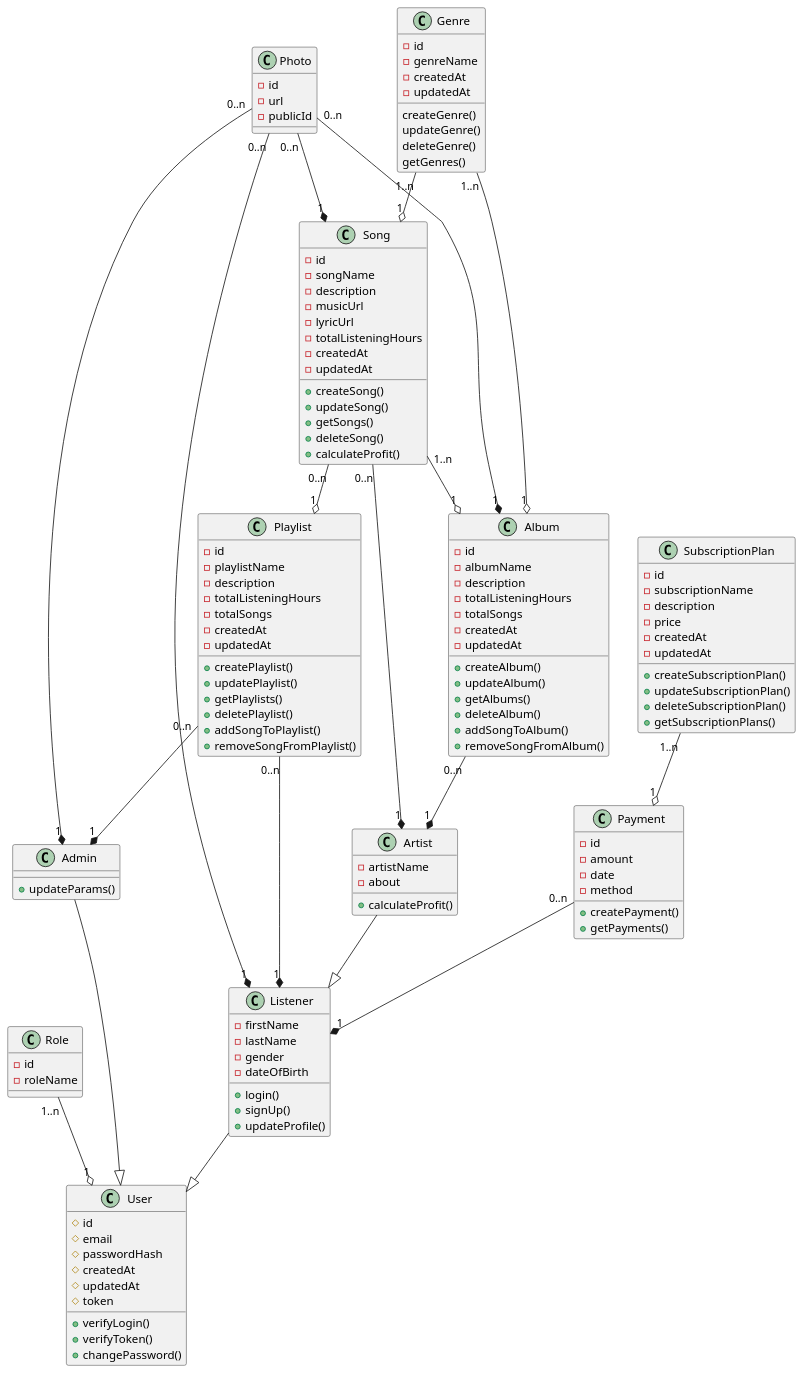
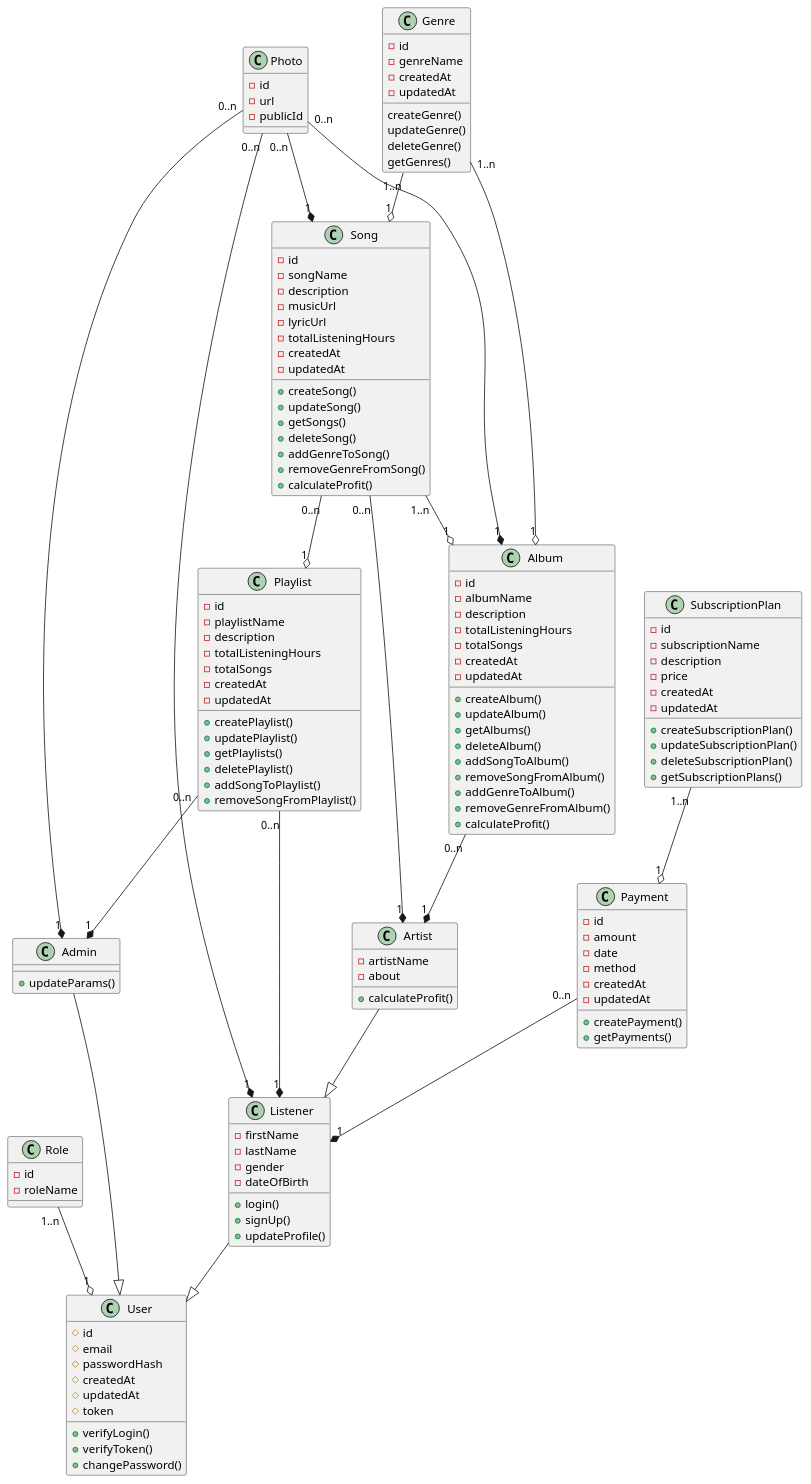
One commit to MinhNhatQA15101910/se100.vera changed the diagram in system_design/class_diagrams/analysis_level/classDiagramAnalysisLevel.puml. Above: the diagram before and after it, drawn with PlantUML. The commit also changed 1 other file, not shown here.

Commit message:
Fix class diagram (analysis level)

```diff
--- a/system_design/class_diagrams/analysis_level/classDiagramAnalysisLevel.puml
+++ b/system_design/class_diagrams/analysis_level/classDiagramAnalysisLevel.puml
@@ -1,145 +1,152 @@
 @startuml 
 class Role {
     -id
     -roleName
 }
 
 class User {
     #id
     #email
     #passwordHash
     #createdAt
     #updatedAt
     #token
     +verifyLogin()
     +verifyToken()
     +changePassword()
 }
 
 class Listener {
     -firstName 
     -lastName 
     -gender 
     -dateOfBirth
     +login()
     +signUp()
     +updateProfile()
 }
 
 class Artist {
     -artistName 
     -about 
     +calculateProfit()
 }
 
 class Admin {
     +updateParams()
 }
 
 class Photo {
     -id 
     -url 
     -publicId
 }
 
 class Genre {
     -id 
     -genreName 
     -createdAt 
     -updatedAt 
     createGenre()
     updateGenre()
     deleteGenre()
     getGenres()
 }
 
 class Song {
     -id
     -songName 
     -description
     -musicUrl
     -lyricUrl
     -totalListeningHours
     -createdAt 
     -updatedAt 
     +createSong()
     +updateSong()
     +getSongs()
     +deleteSong()
+    +addGenreToSong()
+    +removeGenreFromSong()
     +calculateProfit()
 }
 
 class Playlist {
     -id 
     -playlistName 
     -description
     -totalListeningHours
     -totalSongs 
     -createdAt 
     -updatedAt 
     +createPlaylist()
     +updatePlaylist()
     +getPlaylists()
     +deletePlaylist()
     +addSongToPlaylist()
     +removeSongFromPlaylist()
 }
 
 class Album {
     -id 
     -albumName 
     -description
     -totalListeningHours
     -totalSongs 
     -createdAt 
     -updatedAt 
     +createAlbum()
     +updateAlbum()
     +getAlbums()
     +deleteAlbum()
     +addSongToAlbum()
     +removeSongFromAlbum()
+    +addGenreToAlbum()
+    +removeGenreFromAlbum()
+    +calculateProfit()
 }
 
 class SubscriptionPlan {
     -id 
     -subscriptionName
     -description 
     -price
     -createdAt 
     -updatedAt 
     +createSubscriptionPlan()
     +updateSubscriptionPlan()
     +deleteSubscriptionPlan()
     +getSubscriptionPlans()
 }
 
 class Payment {
     -id 
     -amount 
     -date 
     -method 
+    -createdAt
+    -updatedAt
     +createPayment()
     +getPayments()
 }
 
 Listener --|> User
 Artist --|> Listener 
 Admin --|> User
 Role "1..n" --o "1" User
 Song "0..n" --* "1" Artist
 Song "0..n" --o "1" Playlist
 Song "1..n" --o "1" Album
 Genre "1..n" --o "1" Song
 Genre "1..n" --o "1" Album
 Playlist "0..n" --* "1" Listener
 Playlist "0..n" --* "1" Admin
 Album "0..n" --* "1" Artist
 Photo "0..n" --* "1" Listener
 Photo "0..n" --* "1" Admin
 Photo "0..n" --* "1" Song
 Photo "0..n" --* "1" Album
 Payment "0..n" --* "1" Listener
 SubscriptionPlan "1..n" --o "1" Payment
 
 @enduml
```
